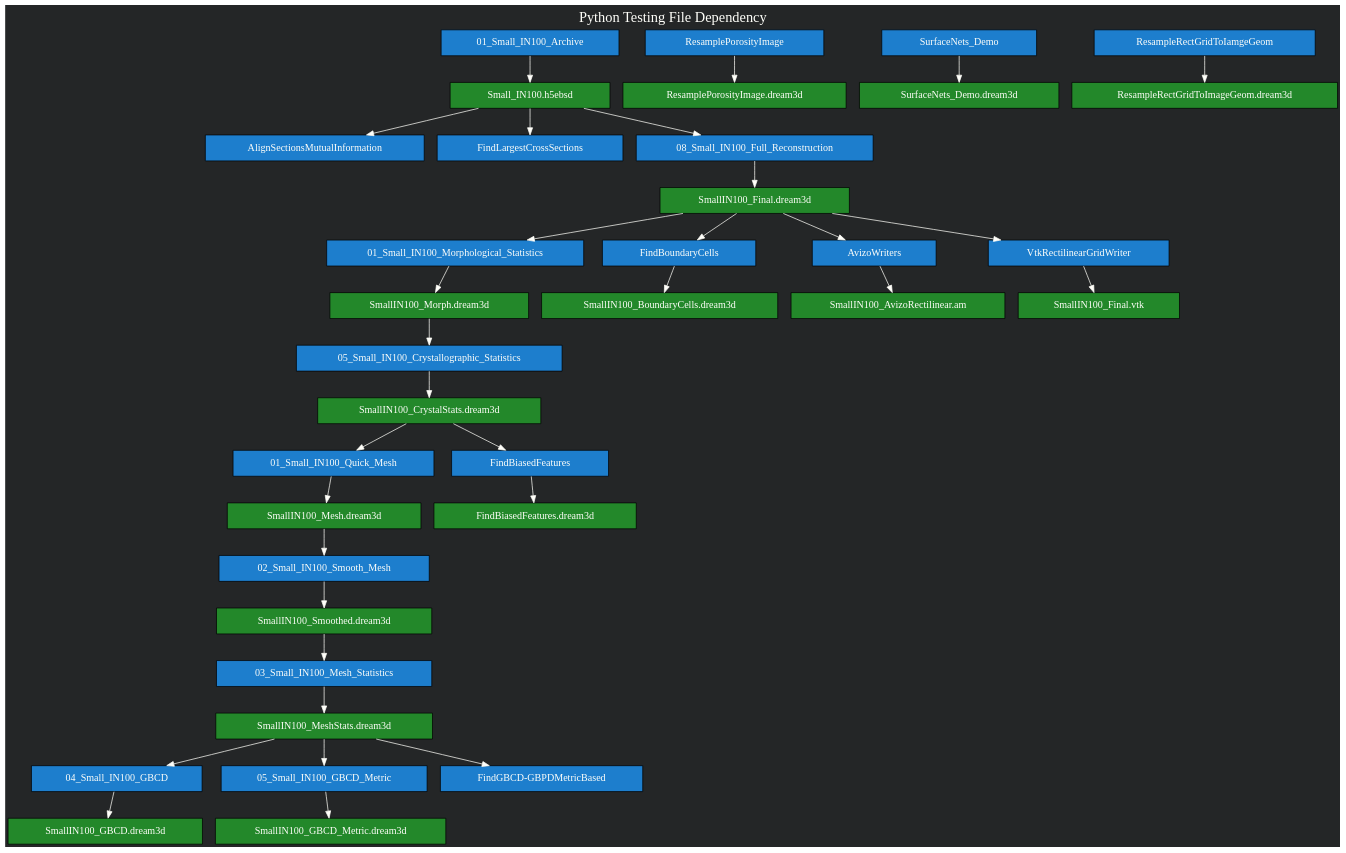
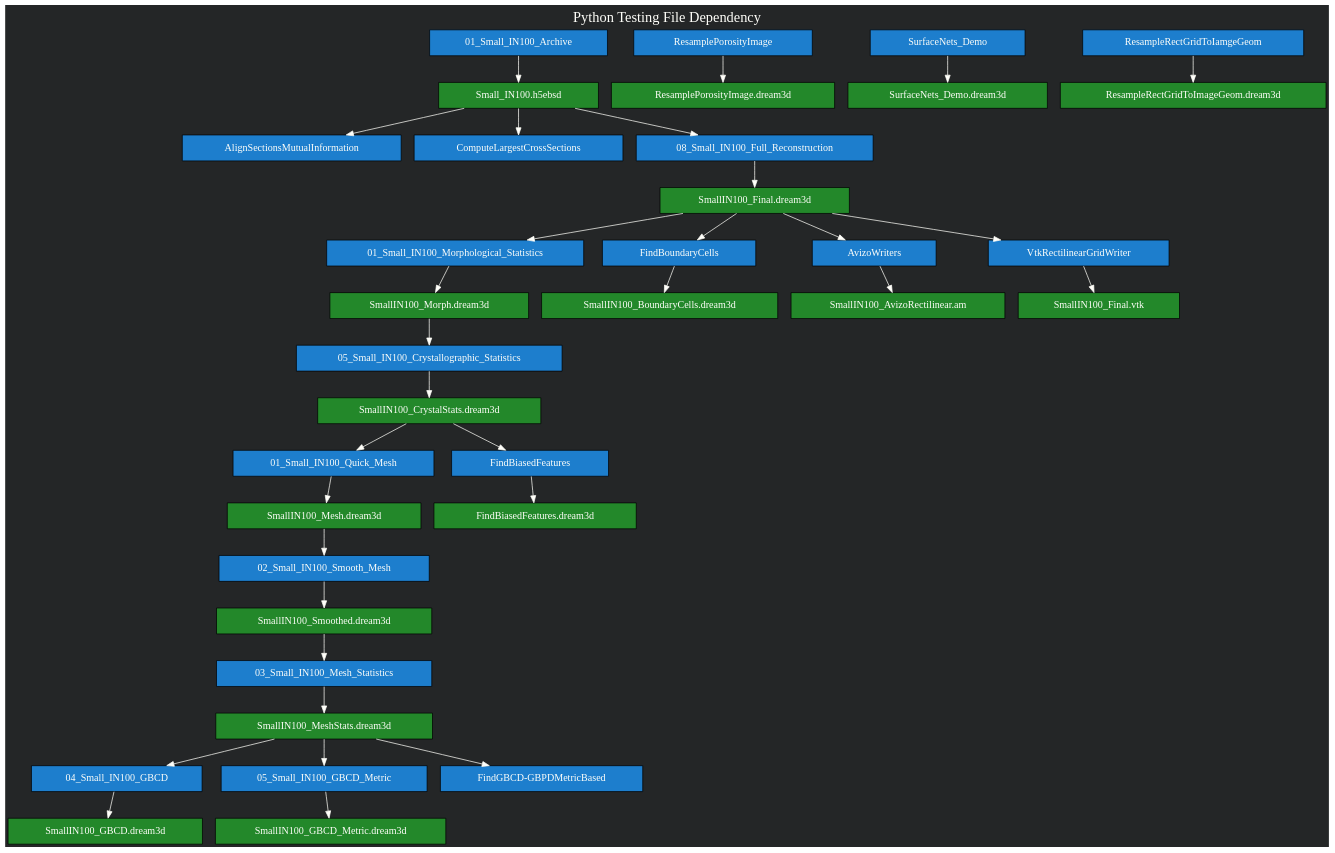
Before and after one commit to BlueQuartzSoftware/simplnx: the diagram in wrapping/python/examples/file_dependency.dot, drawn with Graphviz. The commit also changed 144 other files, not shown here.

```diff
--- a/wrapping/python/examples/file_dependency.dot
+++ b/wrapping/python/examples/file_dependency.dot
@@ -1,81 +1,81 @@
 digraph G {
   //rankdir=LR;
 
   label="Python Testing File Dependency"
 	labelloc="t"
   fontname="Fira Mono"
   fontcolor="#FFFFFA"
   fontsize=20
 	
 
 	graph [splines=true 
         bgcolor="#242627"
         ]
 
 	node [shape=record 
         style="filled" 
         fillcolor="#1D7ECD" 
         fontcolor="#FFFFFA"
         fontname="Fira Mono"
         margin="0.61,0.1"
         ]
     
   edge [
         // dir=back 
         arrowtail=default
         arrowhead=normal
         style="" 
         // headport="w" 
         // tailport="e"
         color="#FFFFFA"
         ]
 
 
 "Small_IN100.h5ebsd" [shape=record  fillcolor="#23882A"]
 "SmallIN100_Final.dream3d" [shape=record  fillcolor="#23882A"]
 "SmallIN100_Morph.dream3d" [shape=record  fillcolor="#23882A"]
 "SmallIN100_BoundaryCells.dream3d" [shape=record  fillcolor="#23882A"]
 "SmallIN100_AvizoRectilinear.am" [shape=record  fillcolor="#23882A"]
 "SmallIN100_Final.vtk" [shape=record  fillcolor="#23882A"]
 "SmallIN100_CrystalStats.dream3d" [shape=record  fillcolor="#23882A"]
 "SmallIN100_Mesh.dream3d" [shape=record  fillcolor="#23882A"]
 "FindBiasedFeatures.dream3d" [shape=record  fillcolor="#23882A"]
 "SmallIN100_Smoothed.dream3d" [shape=record  fillcolor="#23882A"]
 "SmallIN100_MeshStats.dream3d" [shape=record  fillcolor="#23882A"]
 "SmallIN100_GBCD.dream3d" [shape=record  fillcolor="#23882A"]
 "SmallIN100_GBCD_Metric.dream3d" [shape=record  fillcolor="#23882A"]
 "ResamplePorosityImage.dream3d" [shape=record  fillcolor="#23882A"]
 "SurfaceNets_Demo.dream3d" [shape=record  fillcolor="#23882A"]
 "ResampleRectGridToImageGeom.dream3d" [shape=record  fillcolor="#23882A"]
 
   "01_Small_IN100_Archive" -> "Small_IN100.h5ebsd"
 
   "Small_IN100.h5ebsd" -> AlignSectionsMutualInformation
-  "Small_IN100.h5ebsd" -> FindLargestCrossSections
+  "Small_IN100.h5ebsd" -> ComputeLargestCrossSections
     
   "Small_IN100.h5ebsd" -> "08_Small_IN100_Full_Reconstruction" -> "SmallIN100_Final.dream3d"
 
   "SmallIN100_Final.dream3d" -> "01_Small_IN100_Morphological_Statistics" -> "SmallIN100_Morph.dream3d"
   "SmallIN100_Final.dream3d" -> "FindBoundaryCells" -> "SmallIN100_BoundaryCells.dream3d"
   "SmallIN100_Final.dream3d" -> "AvizoWriters" -> "SmallIN100_AvizoRectilinear.am"
   "SmallIN100_Final.dream3d" -> "VtkRectilinearGridWriter" -> "SmallIN100_Final.vtk"
   
   "SmallIN100_Morph.dream3d" -> "05_Small_IN100_Crystallographic_Statistics" -> "SmallIN100_CrystalStats.dream3d"
   
   "SmallIN100_CrystalStats.dream3d"->"01_Small_IN100_Quick_Mesh"-> "SmallIN100_Mesh.dream3d"
   "SmallIN100_CrystalStats.dream3d" -> "FindBiasedFeatures" -> "FindBiasedFeatures.dream3d"
 
   "SmallIN100_Mesh.dream3d" -> "02_Small_IN100_Smooth_Mesh" -> "SmallIN100_Smoothed.dream3d"
   "SmallIN100_Smoothed.dream3d" -> "03_Small_IN100_Mesh_Statistics" -> "SmallIN100_MeshStats.dream3d"
   "SmallIN100_MeshStats.dream3d" -> "04_Small_IN100_GBCD" -> "SmallIN100_GBCD.dream3d"
   "SmallIN100_MeshStats.dream3d" -> "05_Small_IN100_GBCD_Metric" -> "SmallIN100_GBCD_Metric.dream3d"
 
 
   "SmallIN100_MeshStats.dream3d" -> "FindGBCD-GBPDMetricBased"
 
   "ResamplePorosityImage" -> "ResamplePorosityImage.dream3d"
   "SurfaceNets_Demo" -> "SurfaceNets_Demo.dream3d"
   "ResampleRectGridToIamgeGeom" -> "ResampleRectGridToImageGeom.dream3d"
 
 
 }
```
